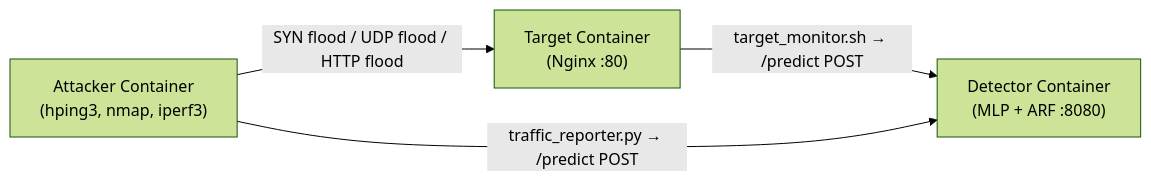
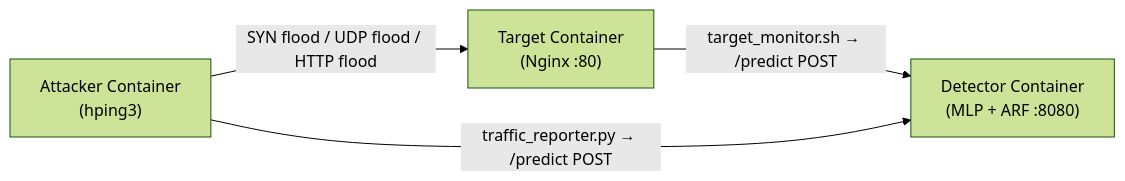
One commit to dumbL4d/Network-Intrusion-Detection changed the first of 2 diagrams in README.md. Above: the diagram before and after it, drawn with Mermaid (forest theme). The commit also changed 2 other files, not shown here.

Commit message:
Clean up README and remove unused asset images

````diff
--- a/README.md
+++ b/README.md
@@ -7,10 +7,10 @@
 ```mermaid
 graph LR
-    A["Attacker Container<br/>(hping3, nmap, iperf3)"]
+    A["Attacker Container<br/>(hping3)"]
     T["Target Container<br/>(Nginx :80)"]
     D["Detector Container<br/>(MLP + ARF :8080)"]
 
     A -- "SYN flood / UDP flood / HTTP flood" --> T
     T -- "target_monitor.sh → /predict POST" --> D
     A -- "traffic_reporter.py → /predict POST" --> D
 ```
````
